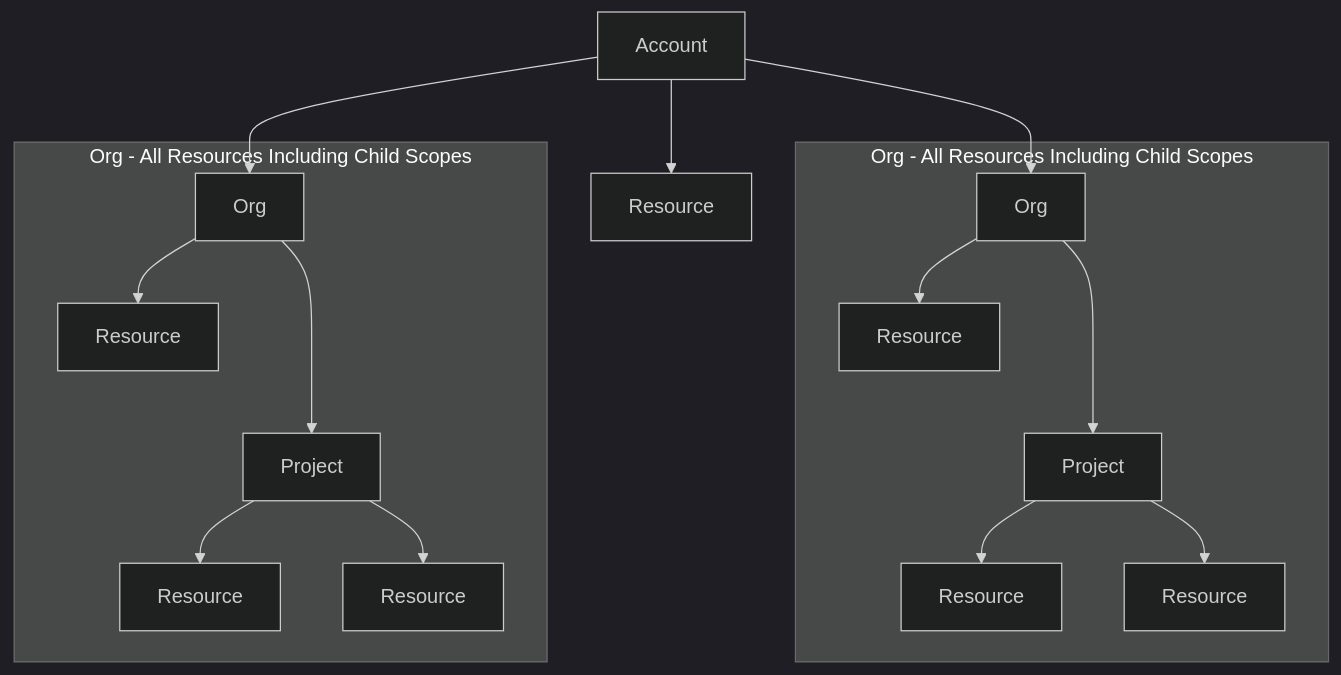
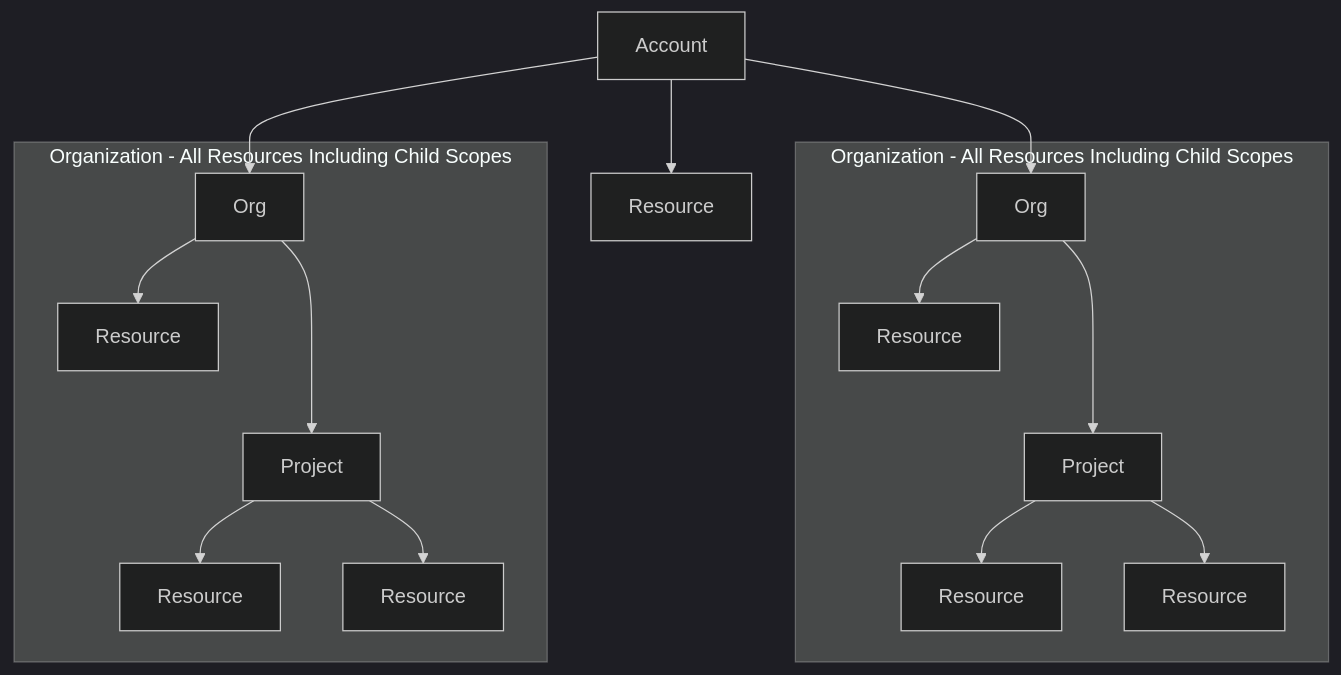
The fifth of 7 diagrams in docs/platform/role-based-access-control/add-resource-groups.md (harness/developer-hub), drawn with Mermaid (dark theme) before and after one commit. The commit also changed other lines of this file and 6 other files, not shown here.

````diff
--- a/docs/platform/role-based-access-control/add-resource-groups.md
+++ b/docs/platform/role-based-access-control/add-resource-groups.md
@@ -161,18 +185,18 @@
 ```mermaid
 flowchart TD
     A[Account]-->M[Resource]
     A-->B[Org]
     A-->C[Org]
-    subgraph Org - All Resources Including Child Scopes
+    subgraph Organization - All Resources Including Child Scopes
     B-->N[Resource]
     B--->D[Project]
     D-->G[Resource]
     D-->H[Resource]
     end
-    subgraph Org - All Resources Including Child Scopes
+    subgraph Organization - All Resources Including Child Scopes
     C-->F[Resource]
     C--->E[Project]
     E-->I[Resource]
     E-->J[Resource]
     end
 ```
````
